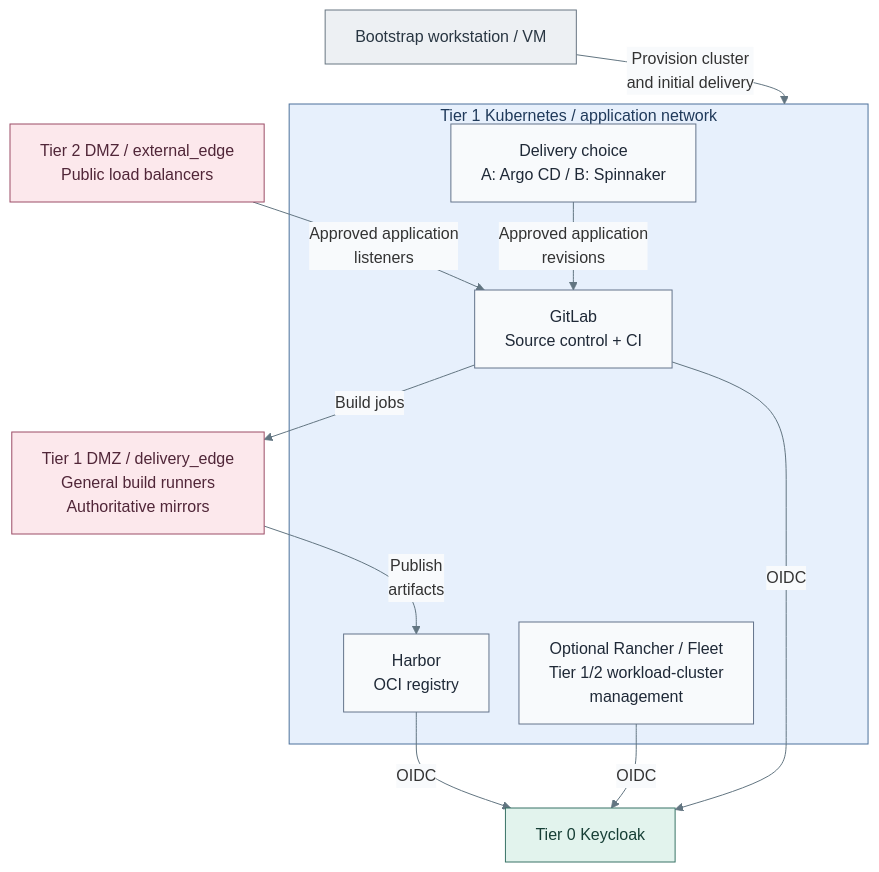
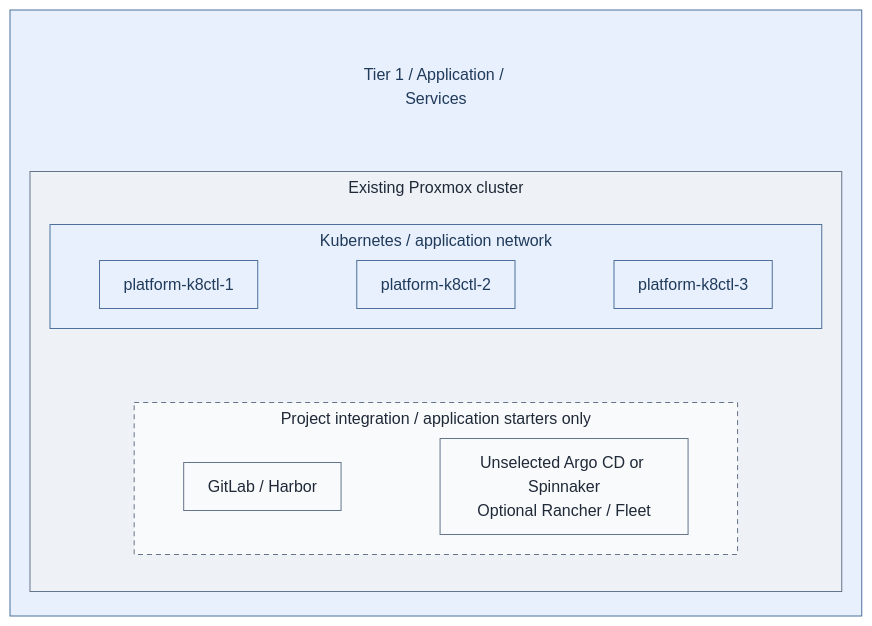
Before and after one commit to Rexus/homelab: the first of 2 diagrams in docs/deployment/stage-5-delivery/README.md, drawn with Mermaid. The commit also changed other lines of this file and 60 other files, not shown here.

Commit message:
docs(diagrams): align architecture and deployment views with IaC

````diff
--- a/docs/deployment/stage-5-delivery/README.md
+++ b/docs/deployment/stage-5-delivery/README.md
@@ -36,31 +36,34 @@
 ```mermaid
-%%{init: {"theme":"base","flowchart":{"nodeSpacing":30,"rankSpacing":40},"themeVariables":{"lineColor":"#627581","edgeLabelBackground":"#f8fafc"}}}%%
+%%{init: {"theme":"base","flowchart":{"nodeSpacing":20,"rankSpacing":24,"padding":12,"subGraphTitleMargin":{"top":4,"bottom":12}},"themeVariables":{"lineColor":"#627581","edgeLabelBackground":"#f8fafc"}}}%%
 flowchart TB
-  Bootstrap["Bootstrap workstation / VM"]
-  Identity["Tier 0 Keycloak"]
-  subgraph Platform["Tier 1 Kubernetes / application network"]
-    Git["GitLab<br/>Source control + CI"]
-    Registry["Harbor<br/>OCI registry"]
-    Delivery["Delivery choice<br/>A: Argo CD / B: Spinnaker"]
-    Fleet["Optional Rancher / Fleet<br/>Tier 1/2 workload-cluster<br/>management"]
-    Delivery -->|Approved application<br/>revisions| Git
+  subgraph T1[" "]
+    direction TB
+    T1Title["Tier 1 / Application / Services"]
+    subgraph PVE["Existing Proxmox cluster"]
+      direction TB
+      subgraph Platform["Kubernetes / application network"]
+        direction LR
+        CP1["platform-k8ctl-1"]
+        CP2["platform-k8ctl-2"]
+        CP3["platform-k8ctl-3"]
+        CP1 ~~~ CP2 ~~~ CP3
+      end
+      subgraph Apps["Project integration / application starters only"]
+        Git["GitLab / Harbor"]
+        Delivery["Unselected Argo CD or Spinnaker<br/>Optional Rancher / Fleet"]
+        Git ~~~ Delivery
+      end
+      Platform ~~~ Apps
+    end
+    T1Title ~~~ PVE
   end
-  Builds["Tier 1 DMZ / delivery_edge<br/>General build runners<br/>Authoritative mirrors"]
-  Edge["Tier 2 DMZ / external_edge<br/>Public load balancers"]
-  Git -->|Build jobs| Builds -->|Publish<br/>artifacts| Registry
-  Edge -->|Approved application<br/>listeners| Git
-  Bootstrap ~~~ Edge
-  Bootstrap -->|Provision cluster<br/>and initial delivery| Platform
-  Git -->|OIDC| Identity
-  Registry -->|OIDC| Identity
-  Fleet -->|OIDC| Identity
   classDef default fill:#f8fafc,stroke:#64748b,color:#1f2937
-  classDef actor fill:#edf0f3,stroke:#697682,color:#293642
-  classDef control fill:#e2f3ed,stroke:#397366,color:#173f36
+  classDef boundary fill:#eef2f6,stroke:#64748b,color:#1f2937
   classDef services fill:#e7f0fc,stroke:#4d719b,color:#203a5b
-  classDef edge fill:#fce8ec,stroke:#9b4d67,color:#502638
-  class Bootstrap actor
-  class Identity control
-  class Platform services
-  class Builds,Edge edge
+  classDef servicesHeading fill:#e7f0fc,stroke:#e7f0fc,color:#203a5b
+  classDef replicas fill:#f8fafc,stroke:#64748b,color:#1f2937,stroke-dasharray:5 4
+  class T1,Platform,CP1,CP2,CP3 services
+  class T1Title servicesHeading
+  class PVE boundary
+  class Apps replicas
 ```
````
